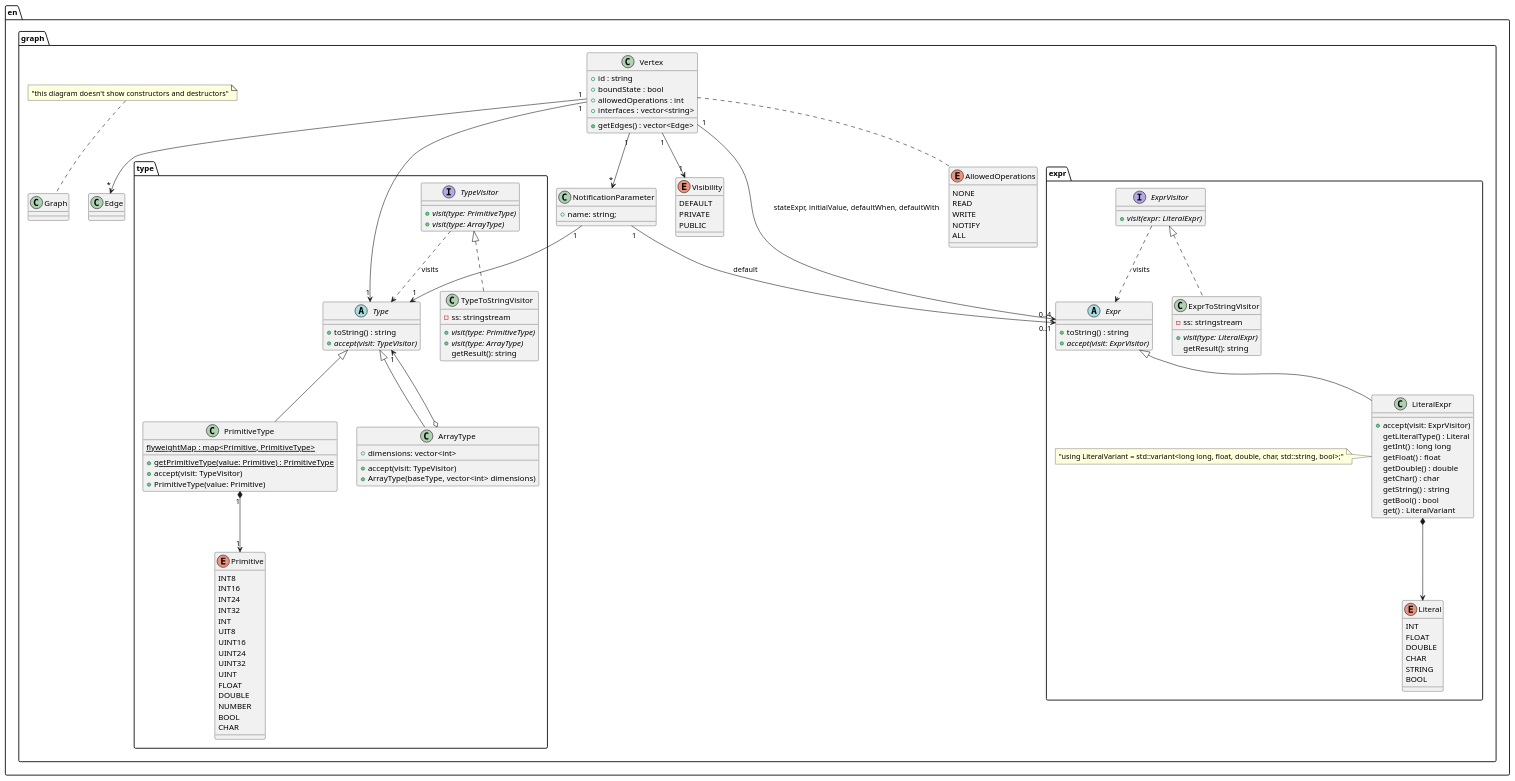
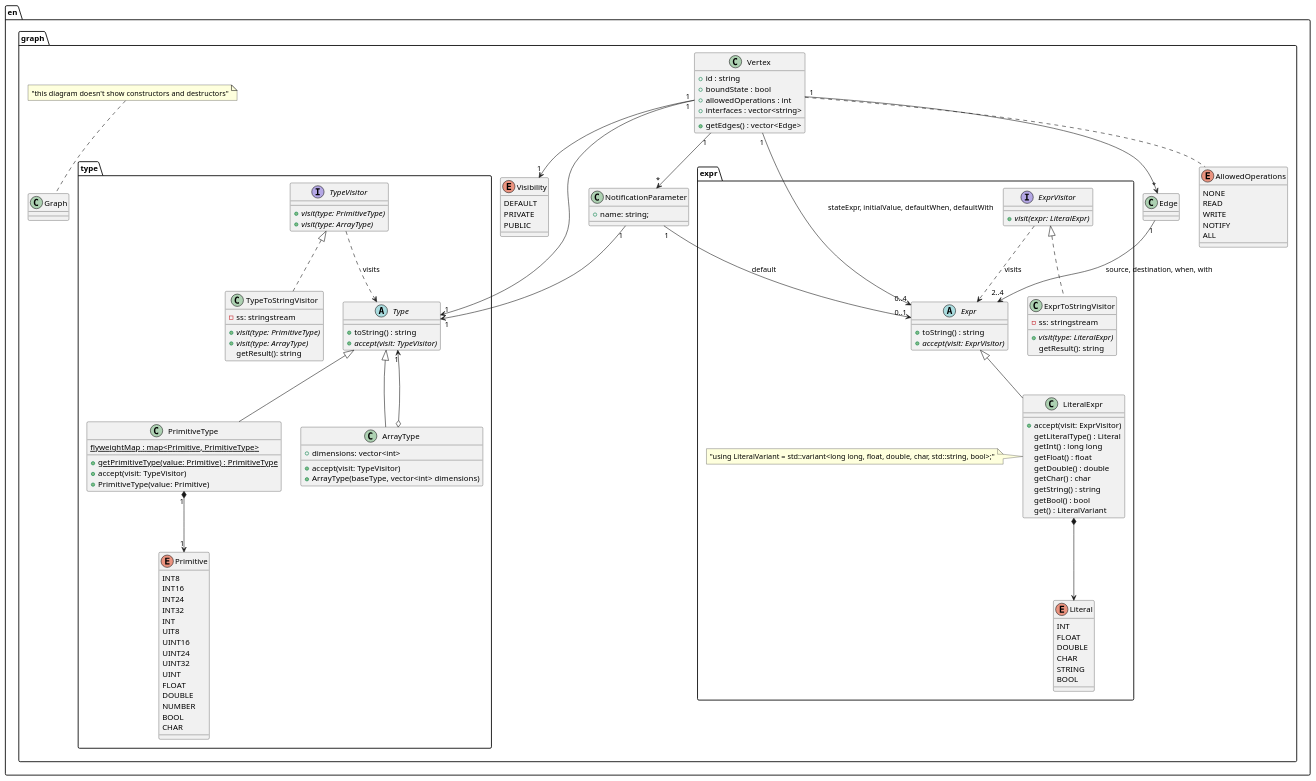
Before and after one commit to LucasEBSkora/Gnocchi: the diagram in specification and models/ENGraphClassDiagram.puml, drawn with PlantUML. The commit also changed 4 other files, not shown here.

```diff
--- a/specification and models/ENGraphClassDiagram.puml
+++ b/specification and models/ENGraphClassDiagram.puml
@@ -1,156 +1,157 @@
 @startuml "class"
 
 package en {
 
   package graph {
 
     package type {
       abstract class Type {
         + toString() : string
         {abstract} + accept(visit: TypeVisitor)
       }
 
       class PrimitiveType extends Type {
         {static} flyweightMap : map<Primitive, PrimitiveType>
         {static} + getPrimitiveType(value: Primitive) : PrimitiveType
         + accept(visit: TypeVisitor)
         + PrimitiveType(value: Primitive)
       }
 
       PrimitiveType "1" *--> "1" Primitive
 
       enum Primitive {
         INT8
         INT16
         INT24
         INT32
         INT
         UIT8
         UINT16
         UINT24
         UINT32
         UINT
         FLOAT
         DOUBLE
         NUMBER
         BOOL
         CHAR
       }
 
       class ArrayType extends Type {
         + dimensions: vector<int>
         + accept(visit: TypeVisitor)
         + ArrayType(baseType, vector<int> dimensions)
       }
 
       ArrayType o--> "1" Type
 
       interface TypeVisitor {
         {abstract} + visit(type: PrimitiveType)
         {abstract} + visit(type: ArrayType)
       }
 
       TypeVisitor ..> Type : visits
 
       class TypeToStringVisitor implements TypeVisitor {
         - ss: stringstream
         {abstract} + visit(type: PrimitiveType)
         {abstract} + visit(type: ArrayType)
         getResult(): string
       }
 
     }
 
     package expr {
       abstract class Expr {
         +toString() : string
         {abstract} + accept(visit: ExprVisitor)
       }
 
       enum Literal {
         INT
         FLOAT
         DOUBLE
         CHAR
         STRING
         BOOL
       }
 
 
       class LiteralExpr extends Expr {
         + accept(visit: ExprVisitor)
         getLiteralType() : Literal
         getInt() : long long
         getFloat() : float
         getDouble() : double
         getChar() : char
         getString() : string
         getBool() : bool
         get() : LiteralVariant
       }
 
       LiteralExpr *--> Literal
 
       note left of LiteralExpr : "using LiteralVariant = std::variant<long long, float, double, char, std::string, bool>;"
 
       interface ExprVisitor {
         {abstract} + visit(expr: LiteralExpr)
       }
 
       ExprVisitor ..> Expr : visits
 
       class ExprToStringVisitor implements ExprVisitor {
         - ss: stringstream
         {abstract} + visit(type: LiteralExpr)
         getResult(): string
       }
 
     }
 
     enum Visibility
     {
       DEFAULT
       PRIVATE
       PUBLIC
     }
 
     class Graph
 
     enum AllowedOperations
     {
       NONE
       READ
       WRITE
       NOTIFY
       ALL
     }
 
     class Vertex {
       + id : string
       + boundState : bool
       + allowedOperations : int
       + interfaces : vector<string>
       + getEdges() : vector<Edge>
     }
 
     Vertex "1" --> "1" Visibility
     Vertex "1" --> "1" type.Type
     Vertex "1" --> "*" NotificationParameter
     Vertex "1" --> "0..4" expr.Expr : stateExpr, initialValue, defaultWhen, defaultWith
     Vertex "1" --> "*" Edge
     Vertex .. AllowedOperations
 
     class Edge
+    Edge "1" --> "2..4" expr.Expr: source, destination, when, with
 
     class NotificationParameter
     {
       + name: string;
     }
 
     NotificationParameter "1" --> "1" Type
     NotificationParameter "1" --> "0..1" Expr : default
 
     note top of Graph : "this diagram doesn't show constructors and destructors"
   }
 }
 @enduml
```
